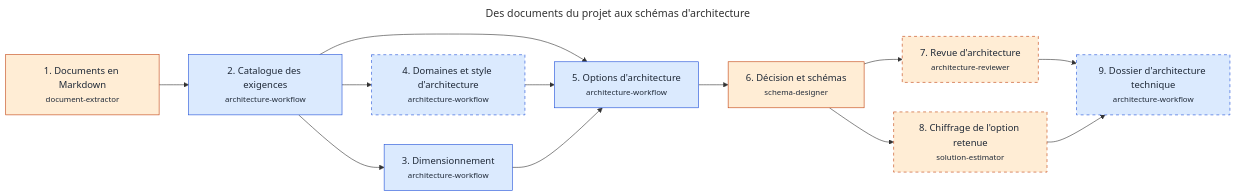
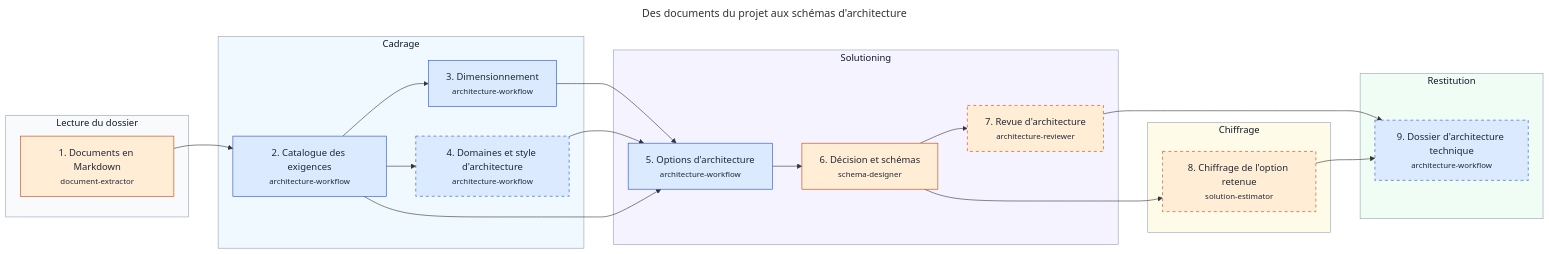
The diagram in docs/workflows/architecture.md (RenaudVanhille/myskills), drawn with Mermaid before and after one commit. The commit also changed other lines of this file and 35 other files, not shown here.

````diff
--- a/docs/workflows/architecture.md
+++ b/docs/workflows/architecture.md
@@ -18,32 +18,51 @@
 ```mermaid
 ---
 title: "Des documents du projet aux schémas d'architecture"
 ---
 flowchart LR
-  s_documents["1. Documents en Markdown<br/><small>document-extractor</small>"]
-  s_exigences["2. Catalogue des exigences<br/><small>architecture-workflow</small>"]
-  s_dimensionnement["3. Dimensionnement<br/><small>architecture-workflow</small>"]
-  s_domaines["4. Domaines et style d'architecture<br/><small>architecture-workflow</small>"]
-  s_architectures["5. Options d'architecture<br/><small>architecture-workflow</small>"]
-  s_schemas["6. Décision et schémas<br/><small>schema-designer</small>"]
-  s_revue["7. Revue d'architecture<br/><small>architecture-reviewer</small>"]
-  s_chiffrage["8. Chiffrage de l'option retenue<br/><small>solution-estimator</small>"]
-  s_dossier["9. Dossier d'architecture technique<br/><small>architecture-workflow</small>"]
+  subgraph z_lecture["Lecture du dossier"]
+    s_documents["1. Documents en Markdown<br/><small>document-extractor</small>"]
+  end
+  style z_lecture fill:#f8fafc,stroke:#94a3b8,color:#0f172a
+  subgraph z_cadrage["Cadrage"]
+    s_exigences["2. Catalogue des exigences<br/><small>architecture-workflow</small>"]
+    s_dimensionnement["3. Dimensionnement<br/><small>architecture-workflow</small>"]
+    s_domaines["4. Domaines et style d'architecture<br/><small>architecture-workflow</small>"]
+  end
+  style z_cadrage fill:#f0f9ff,stroke:#94a3b8,color:#0f172a
+  subgraph z_solutioning["Solutioning"]
+    s_architectures["5. Options d'architecture<br/><small>architecture-workflow</small>"]
+    s_schemas["6. Décision et schémas<br/><small>schema-designer</small>"]
+    s_revue["7. Revue d'architecture<br/><small>architecture-reviewer</small>"]
+  end
+  style z_solutioning fill:#f5f3ff,stroke:#94a3b8,color:#0f172a
+  subgraph z_chiffrage["Chiffrage"]
+    s_chiffrage["8. Chiffrage de l'option retenue<br/><small>solution-estimator</small>"]
+  end
+  style z_chiffrage fill:#fefce8,stroke:#94a3b8,color:#0f172a
+  subgraph z_restitution["Restitution"]
+    s_dossier["9. Dossier d'architecture technique<br/><small>architecture-workflow</small>"]
+  end
+  style z_restitution fill:#f0fdf4,stroke:#94a3b8,color:#0f172a
   s_documents --> s_exigences
   s_exigences --> s_dimensionnement
   s_exigences --> s_domaines
   s_exigences --> s_architectures
   s_domaines --> s_architectures
   s_dimensionnement --> s_architectures
   s_architectures --> s_schemas
   s_schemas --> s_revue
   s_schemas --> s_chiffrage
   s_revue --> s_dossier
   s_chiffrage --> s_dossier
+  s_documents ~~~ s_exigences
+  s_domaines ~~~ s_architectures
+  s_revue ~~~ s_chiffrage
+  s_chiffrage ~~~ s_dossier
   classDef moteur fill:#dbeafe,stroke:#1d4ed8,color:#1f2937
   classDef agent fill:#ffedd5,stroke:#c2410c,color:#1f2937
   classDef facultative stroke-dasharray:5 5
   class s_exigences,s_dimensionnement,s_domaines,s_architectures,s_dossier moteur
   class s_documents,s_schemas,s_revue,s_chiffrage agent
   class s_domaines,s_revue,s_chiffrage,s_dossier facultative
 ```
````
